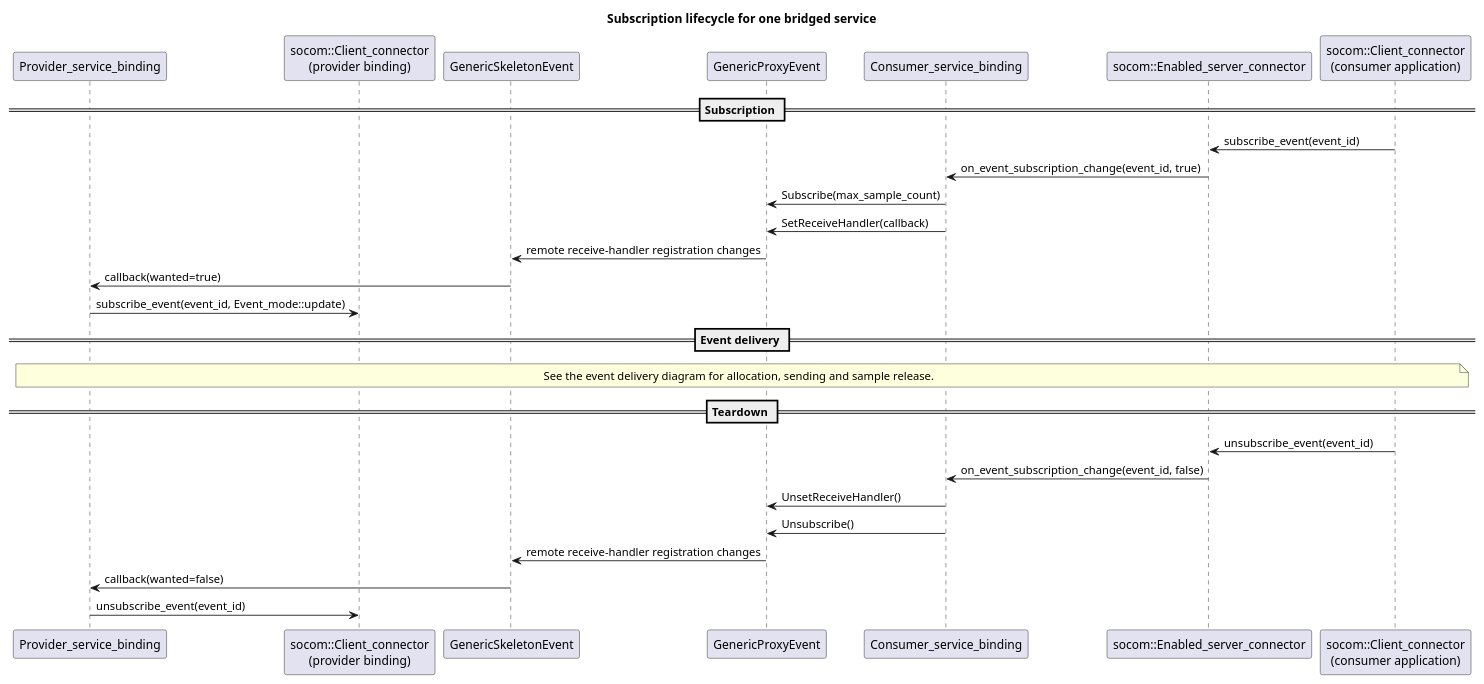
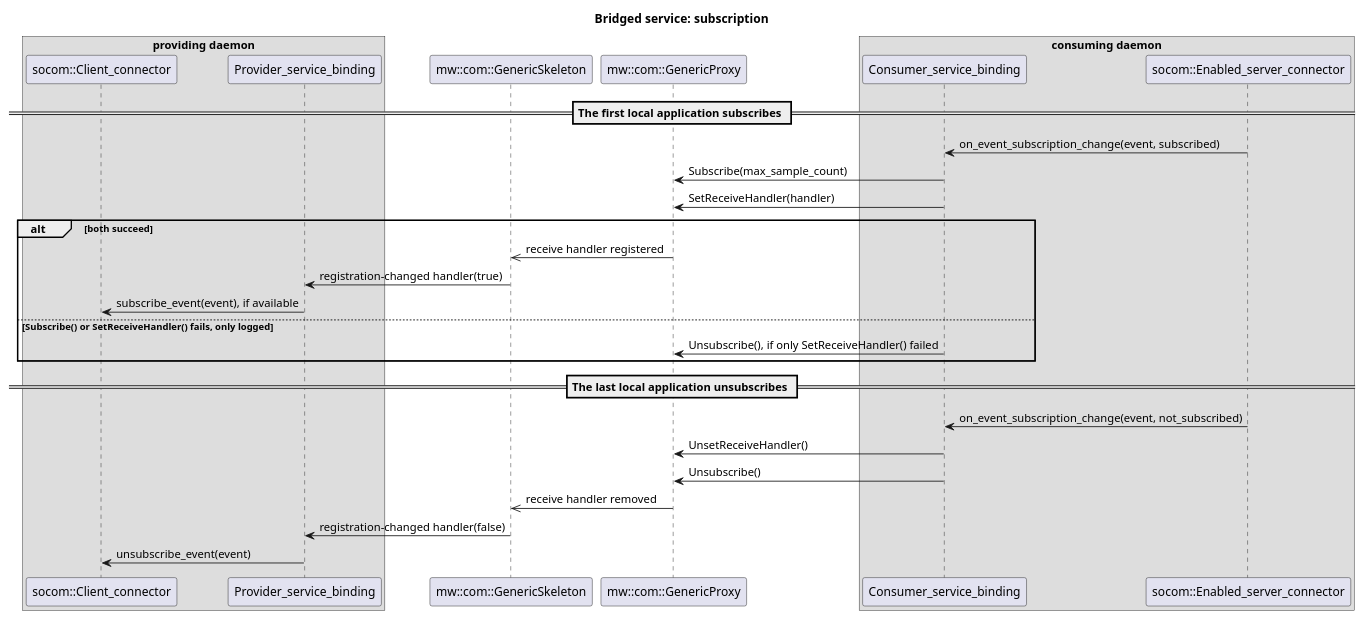
Before and after one commit to eclipse-score/inc_someip_gateway: the diagram in score/gateway_ipc_binding/docs/models/mw_com_event_subscription.puml, drawn with PlantUML.

Commit message:
simplify event delivery diagram

```diff
--- a/score/gateway_ipc_binding/docs/models/mw_com_event_subscription.puml
+++ b/score/gateway_ipc_binding/docs/models/mw_com_event_subscription.puml
@@ -14,32 +14,34 @@
-@startuml
-title Subscription lifecycle for one bridged service
+@startuml mw_com_event_subscription
+title Bridged service: subscription
 
+box "providing daemon"
+participant "socom::Client_connector" as client_connector
 participant "Provider_service_binding" as provider
-participant "socom::Client_connector\n(provider binding)" as provider_connector
-participant "GenericSkeletonEvent" as skeleton_event
-participant "GenericProxyEvent" as proxy_event
+end box
+participant "mw::com::GenericSkeleton" as skeleton
+participant "mw::com::GenericProxy" as proxy
+box "consuming daemon"
 participant "Consumer_service_binding" as consumer
-participant "socom::Enabled_server_connector" as enabled_connector
-participant "socom::Client_connector\n(consumer application)" as consumer_app
+participant "socom::Enabled_server_connector" as server_connector
+end box
 
-== Subscription ==
-consumer_app -> enabled_connector : subscribe_event(event_id)
-enabled_connector -> consumer : on_event_subscription_change(event_id, true)
-consumer -> proxy_event : Subscribe(max_sample_count)
-consumer -> proxy_event : SetReceiveHandler(callback)
-proxy_event -> skeleton_event : remote receive-handler registration changes
-skeleton_event -> provider : callback(wanted=true)
-provider -> provider_connector : subscribe_event(event_id, Event_mode::update)
+== The first local application subscribes ==
+server_connector -> consumer : on_event_subscription_change(event, subscribed)
+consumer -> proxy : Subscribe(max_sample_count)
+consumer -> proxy : SetReceiveHandler(handler)
+alt both succeed
+  proxy ->> skeleton : receive handler registered
+  skeleton -> provider : registration-changed handler(true)
+  provider -> client_connector : subscribe_event(event), if available
+else Subscribe() or SetReceiveHandler() fails, only logged
+  consumer -> proxy : Unsubscribe(), if only SetReceiveHandler() failed
+end
 
-== Event delivery ==
-note over provider, consumer_app : See the event delivery diagram for allocation, sending and sample release.
-
-== Teardown ==
-consumer_app -> enabled_connector : unsubscribe_event(event_id)
-enabled_connector -> consumer : on_event_subscription_change(event_id, false)
-consumer -> proxy_event : UnsetReceiveHandler()
-consumer -> proxy_event : Unsubscribe()
-proxy_event -> skeleton_event : remote receive-handler registration changes
-skeleton_event -> provider : callback(wanted=false)
-provider -> provider_connector : unsubscribe_event(event_id)
+== The last local application unsubscribes ==
+server_connector -> consumer : on_event_subscription_change(event, not_subscribed)
+consumer -> proxy : UnsetReceiveHandler()
+consumer -> proxy : Unsubscribe()
+proxy ->> skeleton : receive handler removed
+skeleton -> provider : registration-changed handler(false)
+provider -> client_connector : unsubscribe_event(event)
 @enduml
```
